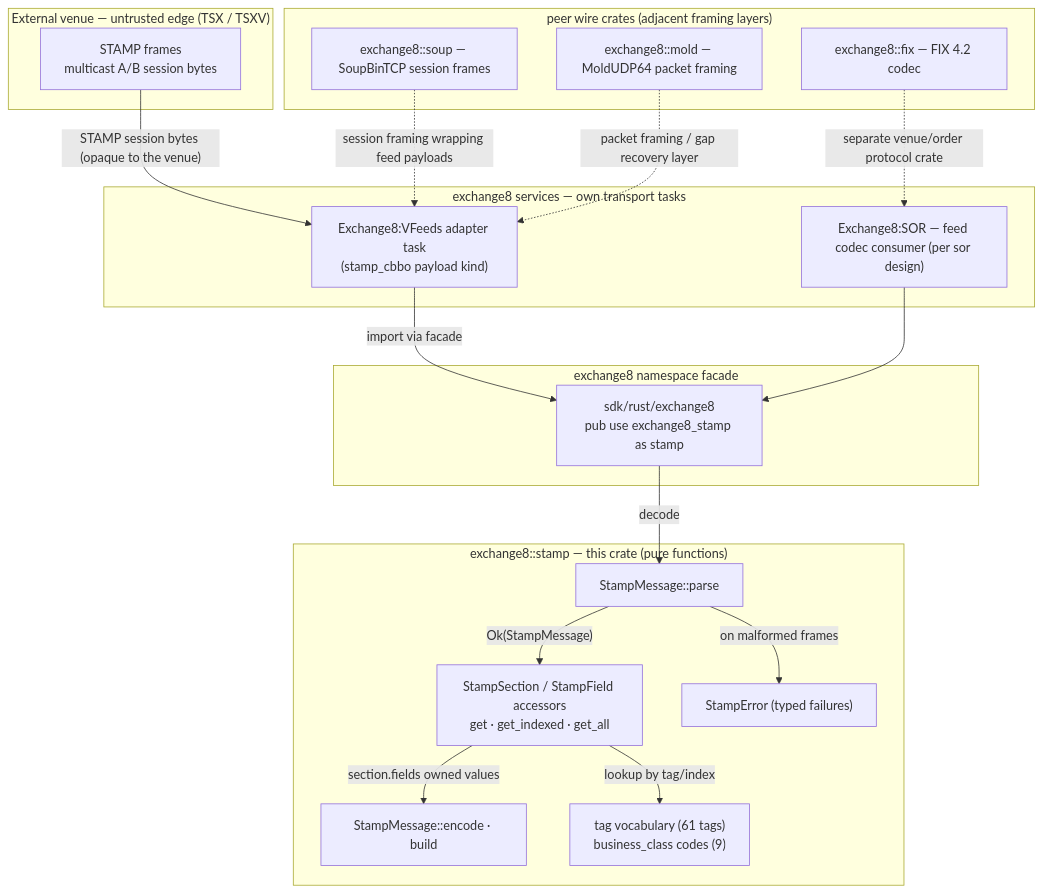
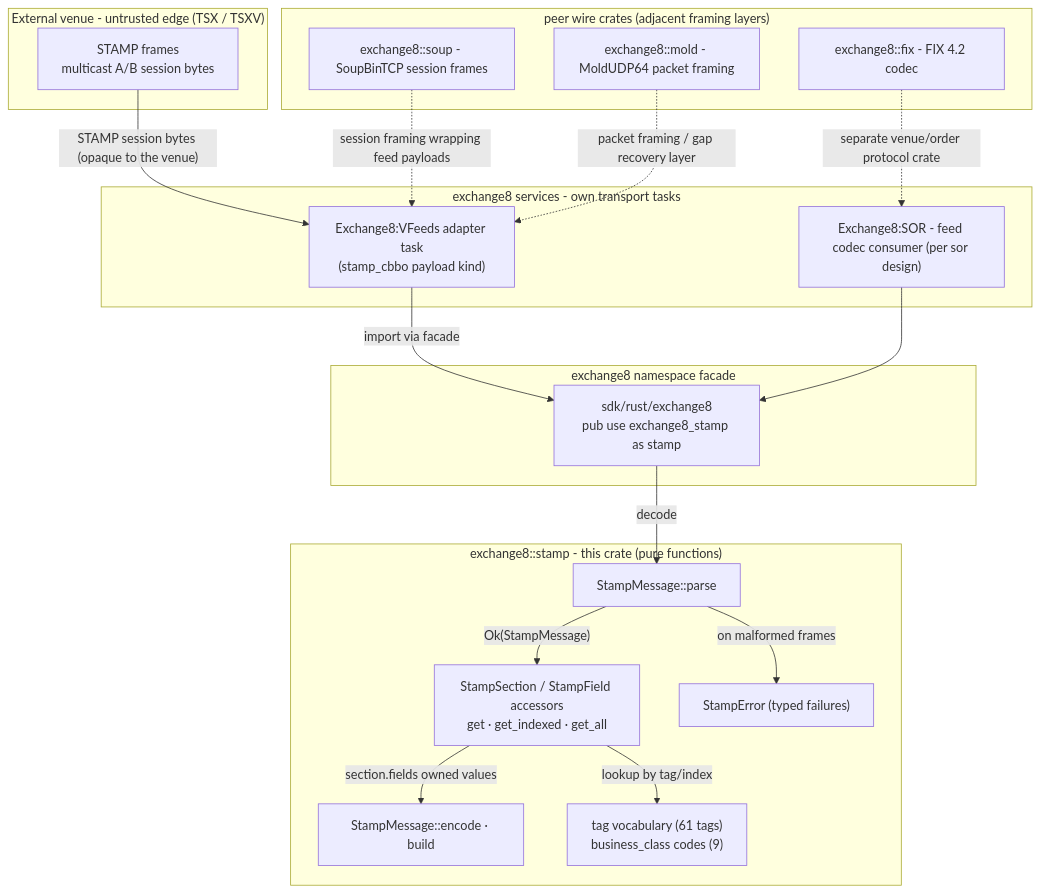
The diagram in crates/stamp/README.md (Exchange8-dev/exchange8-sdk), drawn with Mermaid before and after one commit. The commit also changed other lines of this file and 60 other files, not shown here.

````diff
--- a/crates/stamp/README.md
+++ b/crates/stamp/README.md
@@ -43,41 +43,41 @@
 ```mermaid
 graph TD
-    subgraph VENUE["External venue — untrusted edge (TSX / TSXV)"]
+    subgraph VENUE["External venue - untrusted edge (TSX / TSXV)"]
         FEED["STAMP frames<br/>multicast A/B session bytes"]
     end
 
-    subgraph CONSUMERS["exchange8 services — own transport tasks"]
+    subgraph CONSUMERS["exchange8 services - own transport tasks"]
         VF["Exchange8:VFeeds adapter task<br/>(stamp_cbbo payload kind)"]
-        SOR["Exchange8:SOR — feed codec consumer (per sor design)"]
+        SOR["Exchange8:SOR - feed codec consumer (per sor design)"]
     end
 
     subgraph FACADE["exchange8 namespace facade"]
         SDK["sdk/rust/exchange8<br/>pub use exchange8_stamp as stamp"]
     end
 
-    subgraph CRATE["exchange8::stamp — this crate (pure functions)"]
+    subgraph CRATE["exchange8::stamp - this crate (pure functions)"]
         PARSE["StampMessage::parse"]
         SECT["StampSection / StampField accessors<br/>get · get_indexed · get_all"]
         ENCODE["StampMessage::encode · build"]
         VOCAB["tag vocabulary (61 tags)<br/>business_class codes (9)"]
         ERR["StampError (typed failures)"]
     end
 
     subgraph PEERS["peer wire crates (adjacent framing layers)"]
-        SOUP["exchange8::soup — SoupBinTCP session frames"]
-        MOLD["exchange8::mold — MoldUDP64 packet framing"]
-        FIX["exchange8::fix — FIX 4.2 codec"]
+        SOUP["exchange8::soup - SoupBinTCP session frames"]
+        MOLD["exchange8::mold - MoldUDP64 packet framing"]
+        FIX["exchange8::fix - FIX 4.2 codec"]
     end
 
     FEED -->|"STAMP session bytes (opaque to the venue)"| VF
     VF -->|"import via facade"| SDK
     SOR --> SDK
     SDK -->|"decode"| PARSE
     PARSE -->|"Ok(StampMessage)"| SECT
     PARSE -->|"on malformed frames"| ERR
     SECT -->|"section.fields owned values"| ENCODE
     SECT -->|"lookup by tag/index"| VOCAB
     SOUP -.->|"session framing wrapping feed payloads"| VF
     MOLD -.->|"packet framing / gap recovery layer"| VF
     FIX -. "separate venue/order protocol crate" .-> SOR
 ```
````
